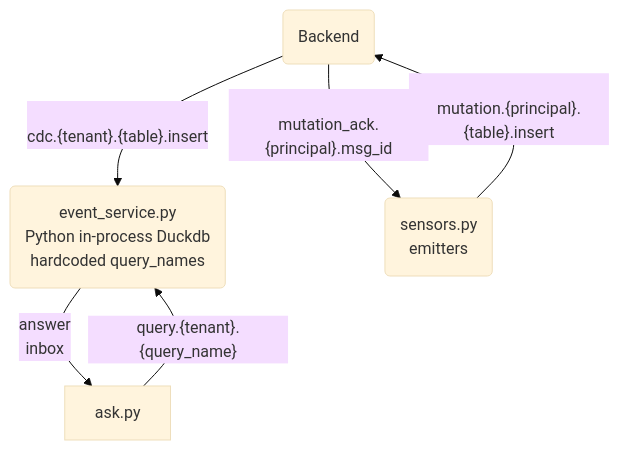
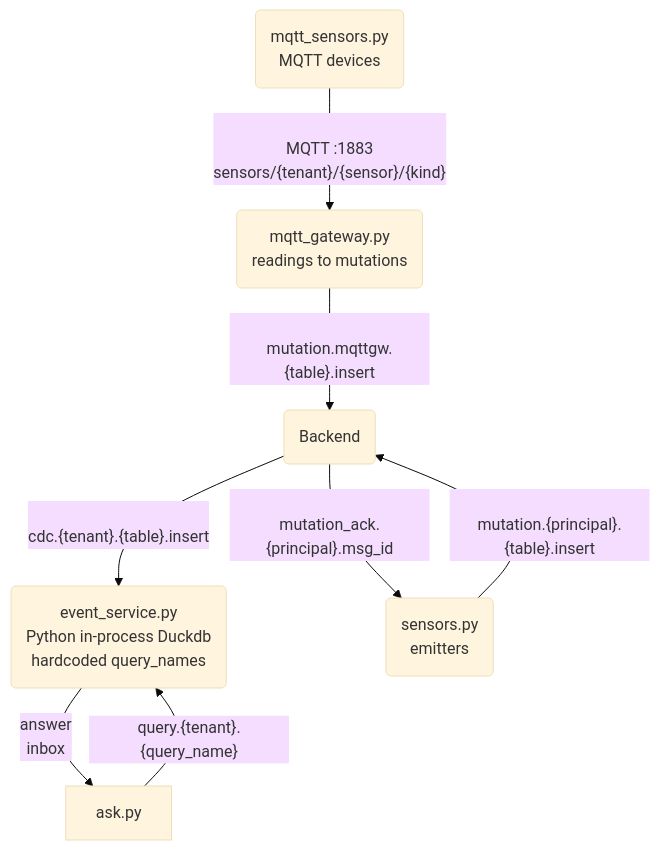
One commit to ndrean/ZeBridge changed the first of 3 diagrams in examples/09-event/README.md. Above: the diagram before and after it, drawn with Mermaid (base theme). The commit also changed other lines of this file, not shown here.

First line of the commit message:
09-event README: MQTT from the top — the fourth part, the diagram, and how to run it

````diff
--- a/examples/09-event/README.md
+++ b/examples/09-event/README.md
@@ -13,9 +14,11 @@
 ```mermaid
 flowchart TD
     BE(Backend) --> |"<br>cdc.{tenant}.{table}.insert<br>"| ES("event_service.py<br>Python in-process Duckdb<br>hardcoded query_names")
     S(sensors.py<br>emitters) --> |"<br>mutation.{principal}.{table}.insert"<br> | BE
     BE -->|" <br>mutation_ack.{principal}.msg_id<br>"| S
     ask.py --> |"query.{tenant}.{query_name}"| ES
     ES --> |answer<br>inbox| ask.py
+    M(mqtt_sensors.py<br>MQTT devices) --> |"<br>MQTT :1883<br>sensors/{tenant}/{sensor}/{kind}<br>"| GW(mqtt_gateway.py<br>readings to mutations)
+    GW --> |"<br>mutation.mqttgw.{table}.insert<br>"| BE
 
 ```
````
